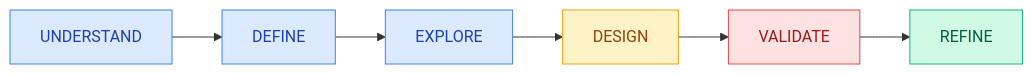
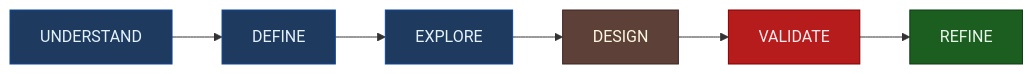
The diagram in docs/workflow/README.md (smileynet/ui-optimizer), drawn with Mermaid before and after one commit. The commit also changed other lines of this file and 13 other files, not shown here.

````diff
--- a/docs/workflow/README.md
+++ b/docs/workflow/README.md
@@ -9,16 +9,16 @@
 ```mermaid
 flowchart LR
-    classDef research fill:#DBEAFE,stroke:#3B82F6,color:#1E40AF
-    classDef design fill:#FEF3C7,stroke:#F59E0B,color:#92400E
-    classDef validate fill:#FEE2E2,stroke:#EF4444,color:#991B1B
-    classDef complete fill:#D1FAE5,stroke:#10B981,color:#065F46
+    classDef research fill:#1E3A5F,stroke:#0D47A1,color:#E3F2FD
+    classDef design fill:#5D4037,stroke:#3E2723,color:#FFF8E1
+    classDef validate fill:#B71C1C,stroke:#7F0000,color:#FFEBEE
+    classDef complete fill:#1B5E20,stroke:#0D3D13,color:#E8F5E9
     
     U[UNDERSTAND]:::research
     D[DEFINE]:::research
     E[EXPLORE]:::research
     DE[DESIGN]:::design
     V[VALIDATE]:::validate
     R[REFINE]:::complete
     
     U --> D --> E --> DE --> V --> R
 ```
````
